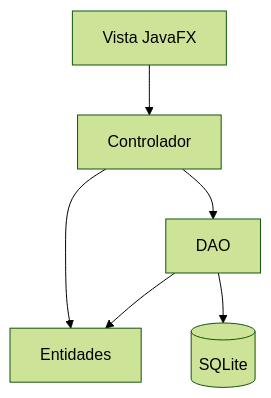
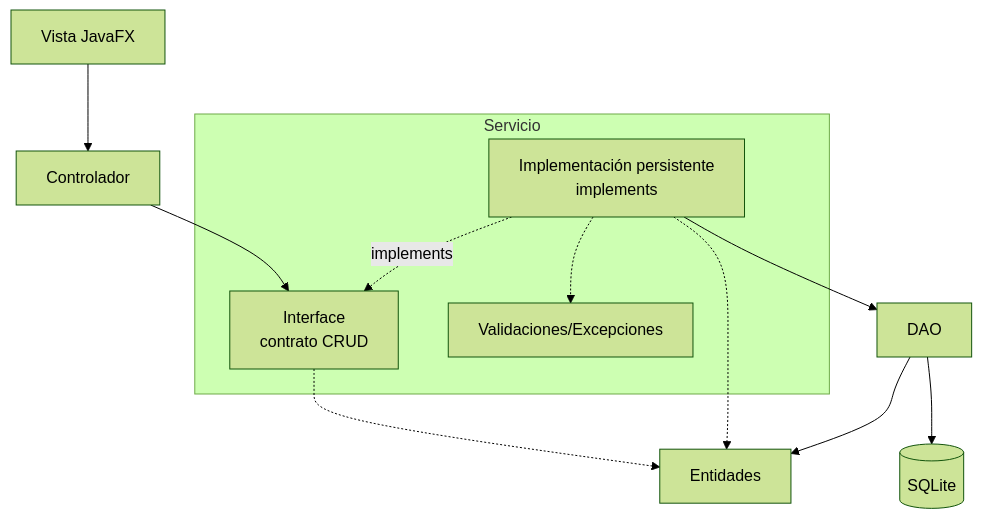
Before and after one commit to 262poo/comarket: the diagram in docs/S12_Evaluacion_Unidad_2.md, drawn with Mermaid (forest theme). The commit also changed other lines of this file and 6 other files, not shown here.

````diff
--- a/docs/S12_Evaluacion_Unidad_2.md
+++ b/docs/S12_Evaluacion_Unidad_2.md
@@ -40,14 +41,24 @@
 ```mermaid
 flowchart TB
     Vista["Vista JavaFX"]
     Controlador["Controlador"]
+    subgraph Servicio["Servicio"]
+        Contrato["Interface<br/>contrato CRUD"]
+        Implementacion["Implementación persistente<br/>implements"]
+        Validaciones["Validaciones/Excepciones"]
+    end
+
     Entidades["Entidades"]
     DAO["DAO"]
     SQLite[("SQLite")]
 
     Vista --> Controlador
-    Controlador --> Entidades
-    Controlador --> DAO
+    Controlador --> Contrato
+    Implementacion -. implements .-> Contrato
+    Contrato -.-> Entidades
+    Implementacion -.-> Entidades
+    Implementacion -.-> Validaciones
+    Implementacion --> DAO
     DAO --> Entidades
     DAO --> SQLite
 ```
````
